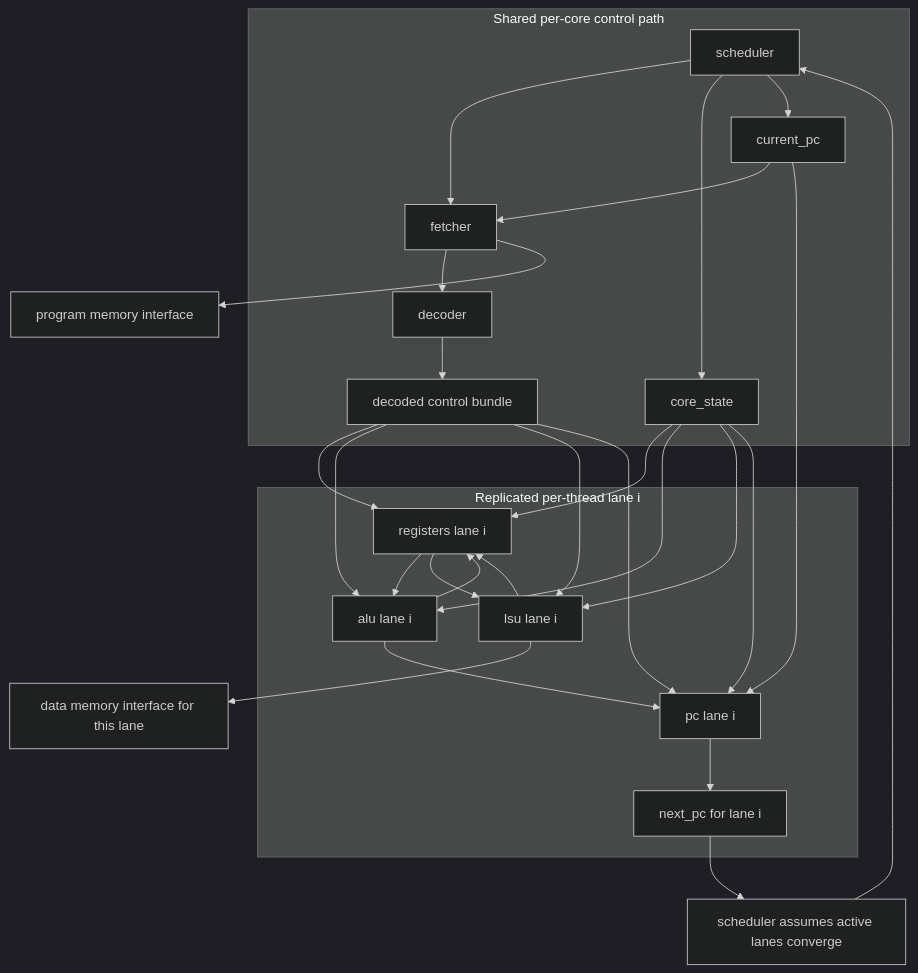
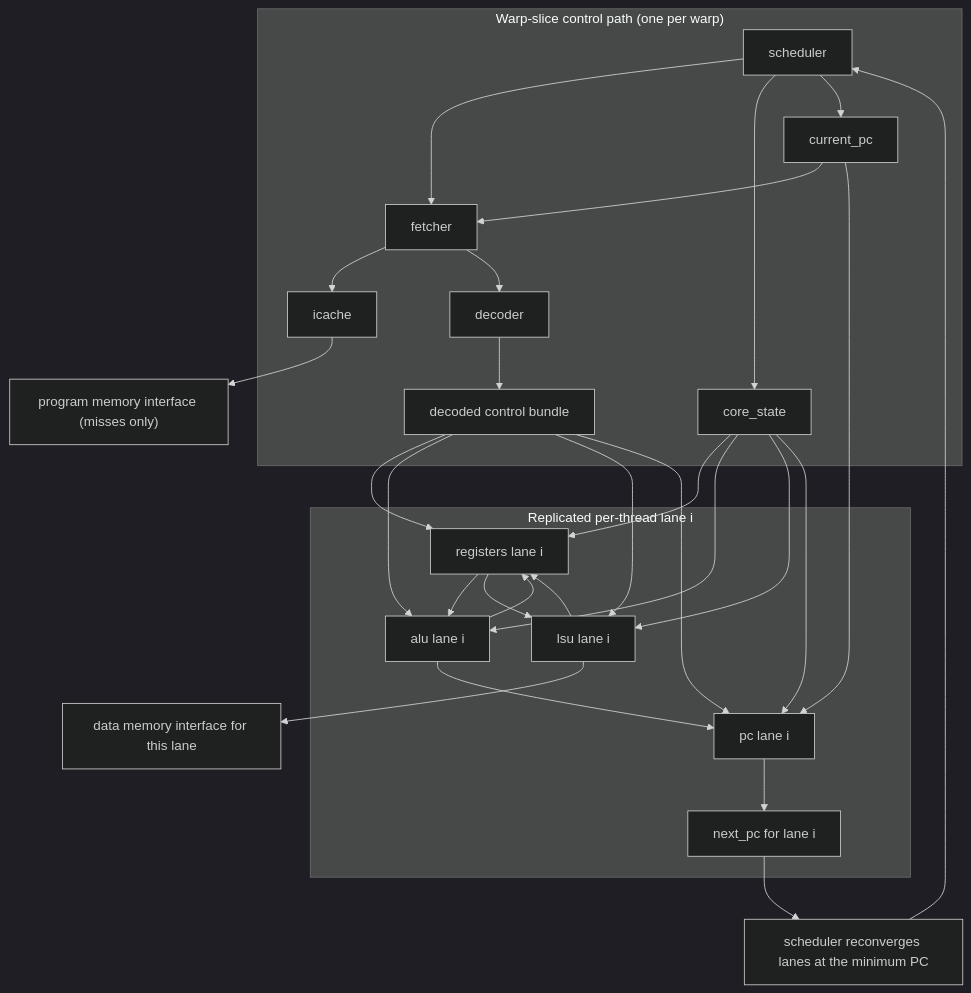
One commit to piyushptiwari1/OpenSource-GPU-Architecture changed the diagram in docs/modules/core.md. Above: the diagram before and after it, drawn with Mermaid (dark theme). The commit also changed other lines of this file and 7 other files, not shown here.

First line of the commit message:
docs+ci: roadmap status, architecture docs, full e2e CI matrix

````diff
--- a/docs/modules/core.md
+++ b/docs/modules/core.md
@@ -49,34 +50,35 @@
 ```mermaid
 flowchart TD
-    subgraph SharedControl["Shared per-core control path"]
+    subgraph SharedControl["Warp-slice control path (one per warp)"]
         S["scheduler"] --> F["fetcher"]
+        F --> IC["icache"]
         F --> D["decoder"]
         D --> CTRL["decoded control bundle"]
         S --> STAGE["core_state"]
         S --> CPC["current_pc"]
     end
 
     subgraph ThreadLanes["Replicated per-thread lane i"]
         R0["registers lane i"] --> A0["alu lane i"]
         R0 --> L0[lsu lane i]
         A0 --> R0
         L0 --> R0
         A0 --> P0["pc lane i"]
         P0 --> NPC["next_pc for lane i"]
     end
 
     CTRL --> R0
     CTRL --> A0
     CTRL --> L0
     CTRL --> P0
     STAGE --> R0
     STAGE --> A0
     STAGE --> L0
     STAGE --> P0
     CPC --> F
     CPC --> P0
-    F --> PMEM["program memory interface"]
+    IC --> PMEM["program memory interface (misses only)"]
     L0 --> DMEM["data memory interface for this lane"]
-    NPC --> MERGE["scheduler assumes active lanes converge"]
+    NPC --> MERGE["scheduler reconverges lanes at the minimum PC"]
     MERGE --> S
 ```
````
